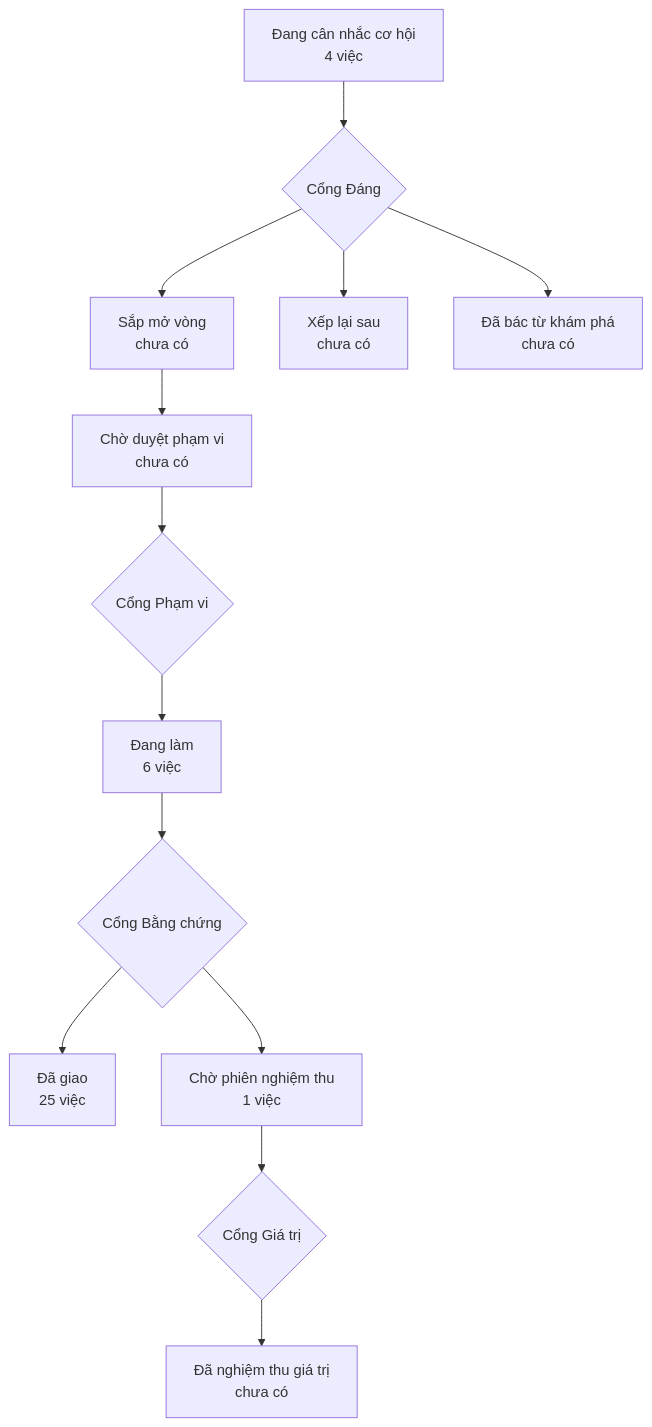
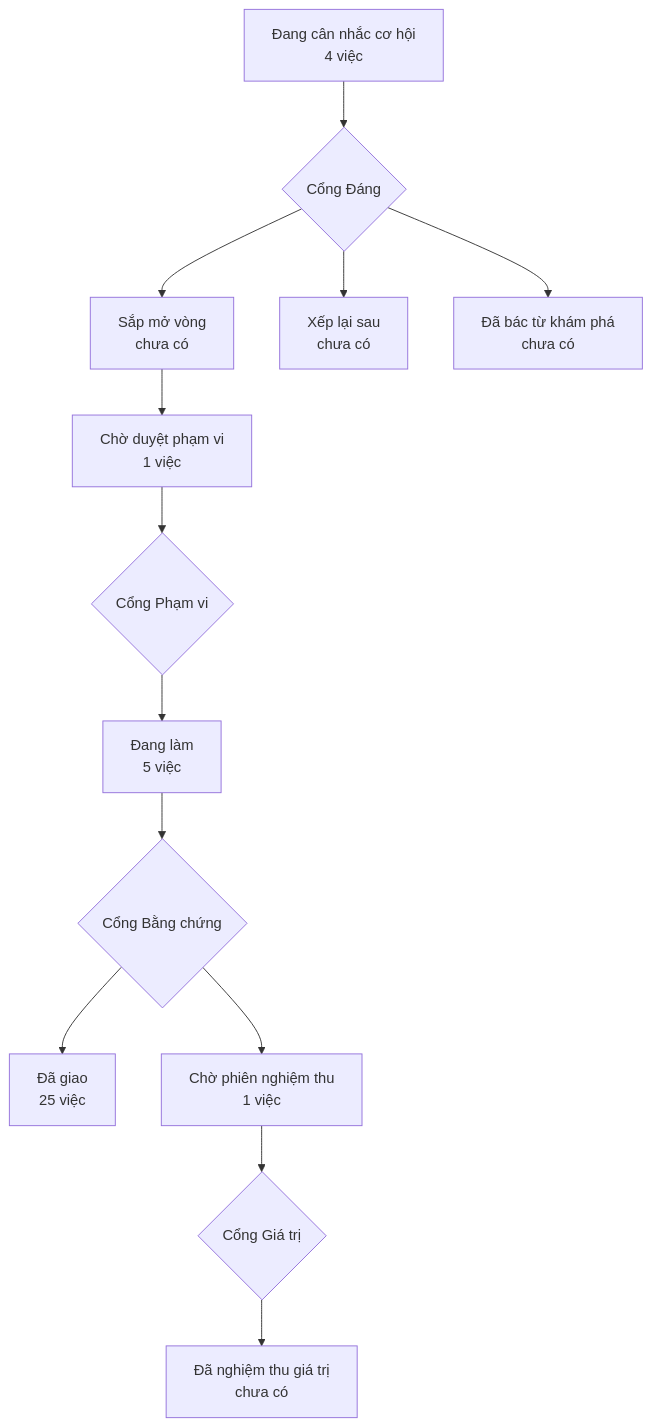
Before and after one commit to phanlemanh/crm-onehub: the diagram in PRODUCT-MAP.md, drawn with Mermaid. The commit also changed other lines of this file and 2 other files, not shown here.

Commit message:
chore(acceptance): chan-uy-thac-sai-luot về draft — nó đang tự khai implemented trên một bằng chứng REJECT
Hồ sơ dừng ở trần ba vòng với verdict REJECT từ 08/09, không ai duyệt Cổng 1
cũng không ai ký Cổng 2, nên status implemented là một lời tự khai sai sự
thật. Lưới trước-merge bắt đúng điều đó và chặn MỌI PR của kho — đã chặn cả
#36 và #38, cả hai không hề chạm hồ sơ này.

Bỏ luôn veto_state/veto_opened_at: cửa veto chỉ có nghĩa khi phạm vi đã chốt,
một hồ sơ draft không có gì để veto.

Bằng chứng vòng chấm 3 giữ nguyên trong thư mục làm sử liệu. Quyết định của
Manh Phan, ghi trong decisions.jsonl của hồ sơ đó.

````diff
--- a/PRODUCT-MAP.md
+++ b/PRODUCT-MAP.md
@@ -6,12 +6,12 @@
 ```mermaid
 flowchart TD
   A["Đang cân nhắc cơ hội<br/>4 việc"] --> GD{"Cổng Đáng"}
   GD --> B["Sắp mở vòng<br/>chưa có"]
   GD --> XL["Xếp lại sau<br/>chưa có"]
   GD --> DB["Đã bác từ khám phá<br/>chưa có"]
-  B --> CD["Chờ duyệt phạm vi<br/>chưa có"] --> GP{"Cổng Phạm vi"}
-  GP --> DL["Đang làm<br/>6 việc"] --> GB{"Cổng Bằng chứng"}
+  B --> CD["Chờ duyệt phạm vi<br/>1 việc"] --> GP{"Cổng Phạm vi"}
+  GP --> DL["Đang làm<br/>5 việc"] --> GB{"Cổng Bằng chứng"}
   GB --> DG["Đã giao<br/>25 việc"]
   GB --> CN["Chờ phiên nghiệm thu<br/>1 việc"] --> GG{"Cổng Giá trị"}
   GG --> NT["Đã nghiệm thu giá trị<br/>chưa có"]
 ```
````
